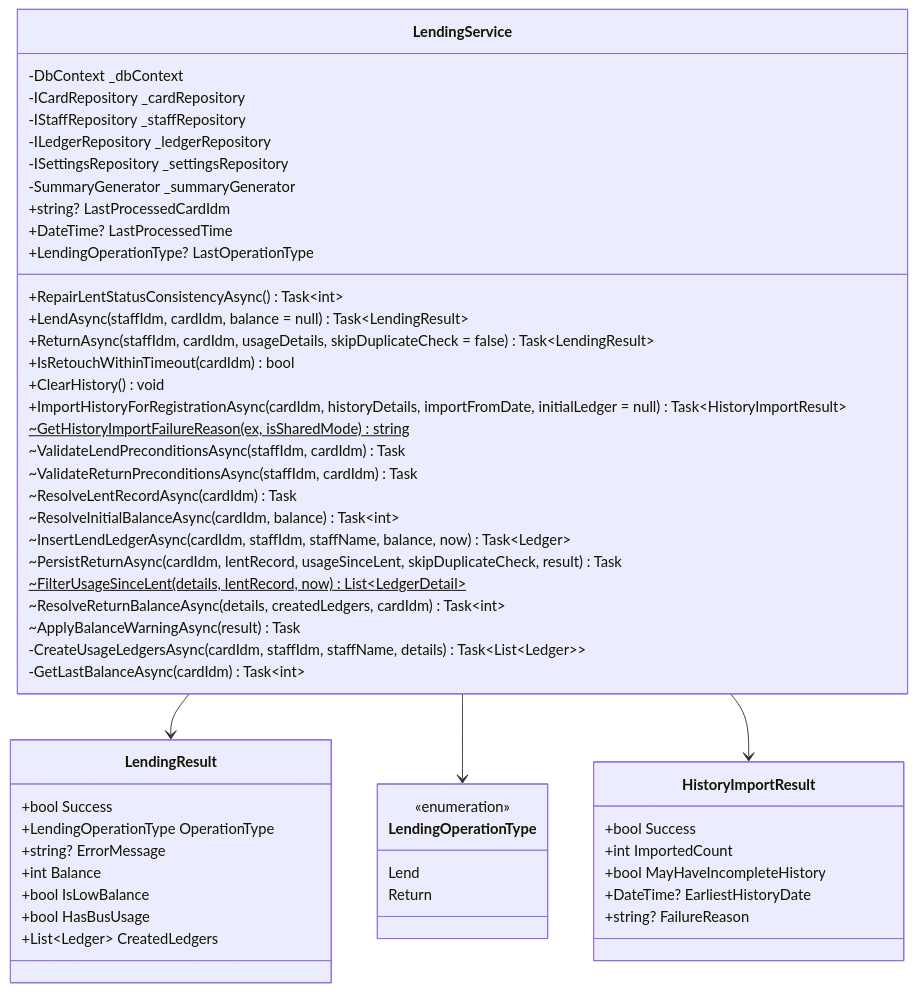
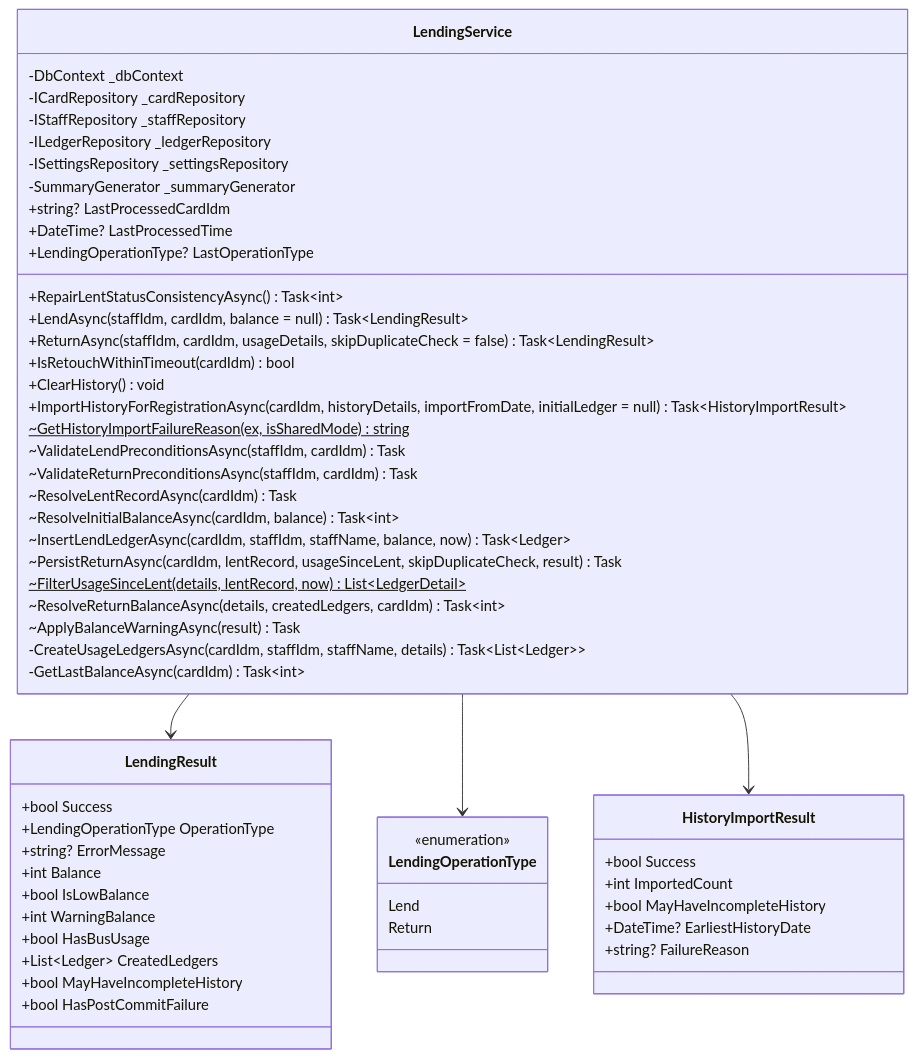
One commit to kuwayamamasayuki/ICCardManager changed the fifth of 51 diagrams in ICCardManager/docs/design/05_クラス設計書.md. Above: the diagram before and after it, drawn with Mermaid. The commit also changed other lines of this file and 12 other files, not shown here.

````diff
--- a/ICCardManager/docs/design/05_クラス設計書.md
+++ b/ICCardManager/docs/design/05_クラス設計書.md
@@ -493,60 +493,63 @@
 ```mermaid
 classDiagram
     class LendingService {
         -DbContext _dbContext
         -ICardRepository _cardRepository
         -IStaffRepository _staffRepository
         -ILedgerRepository _ledgerRepository
         -ISettingsRepository _settingsRepository
         -SummaryGenerator _summaryGenerator
         +string? LastProcessedCardIdm
         +DateTime? LastProcessedTime
         +LendingOperationType? LastOperationType
         +RepairLentStatusConsistencyAsync() Task~int~
         +LendAsync(staffIdm, cardIdm, balance = null) Task~LendingResult~
         +ReturnAsync(staffIdm, cardIdm, usageDetails, skipDuplicateCheck = false) Task~LendingResult~
         +IsRetouchWithinTimeout(cardIdm) bool
         +ClearHistory() void
         +ImportHistoryForRegistrationAsync(cardIdm, historyDetails, importFromDate, initialLedger = null) Task~HistoryImportResult~
         ~GetHistoryImportFailureReason(ex, isSharedMode)$ string
         ~ValidateLendPreconditionsAsync(staffIdm, cardIdm) Task
         ~ValidateReturnPreconditionsAsync(staffIdm, cardIdm) Task
         ~ResolveLentRecordAsync(cardIdm) Task
         ~ResolveInitialBalanceAsync(cardIdm, balance) Task~int~
         ~InsertLendLedgerAsync(cardIdm, staffIdm, staffName, balance, now) Task~Ledger~
         ~PersistReturnAsync(cardIdm, lentRecord, usageSinceLent, skipDuplicateCheck, result) Task
         ~FilterUsageSinceLent(details, lentRecord, now)$ List~LedgerDetail~
         ~ResolveReturnBalanceAsync(details, createdLedgers, cardIdm) Task~int~
         ~ApplyBalanceWarningAsync(result) Task
         -CreateUsageLedgersAsync(cardIdm, staffIdm, staffName, details) Task~List~Ledger~~
         -GetLastBalanceAsync(cardIdm) Task~int~
     }
 
     class LendingResult {
         +bool Success
         +LendingOperationType OperationType
         +string? ErrorMessage
         +int Balance
         +bool IsLowBalance
+        +int WarningBalance
         +bool HasBusUsage
         +List~Ledger~ CreatedLedgers
+        +bool MayHaveIncompleteHistory
+        +bool HasPostCommitFailure
     }
 
     class LendingOperationType {
         <<enumeration>>
         Lend
         Return
     }
 
     class HistoryImportResult {
         +bool Success
         +int ImportedCount
         +bool MayHaveIncompleteHistory
         +DateTime? EarliestHistoryDate
         +string? FailureReason
     }
 
     LendingService --> LendingResult
     LendingService --> LendingOperationType
     LendingService --> HistoryImportResult
 ```
````
